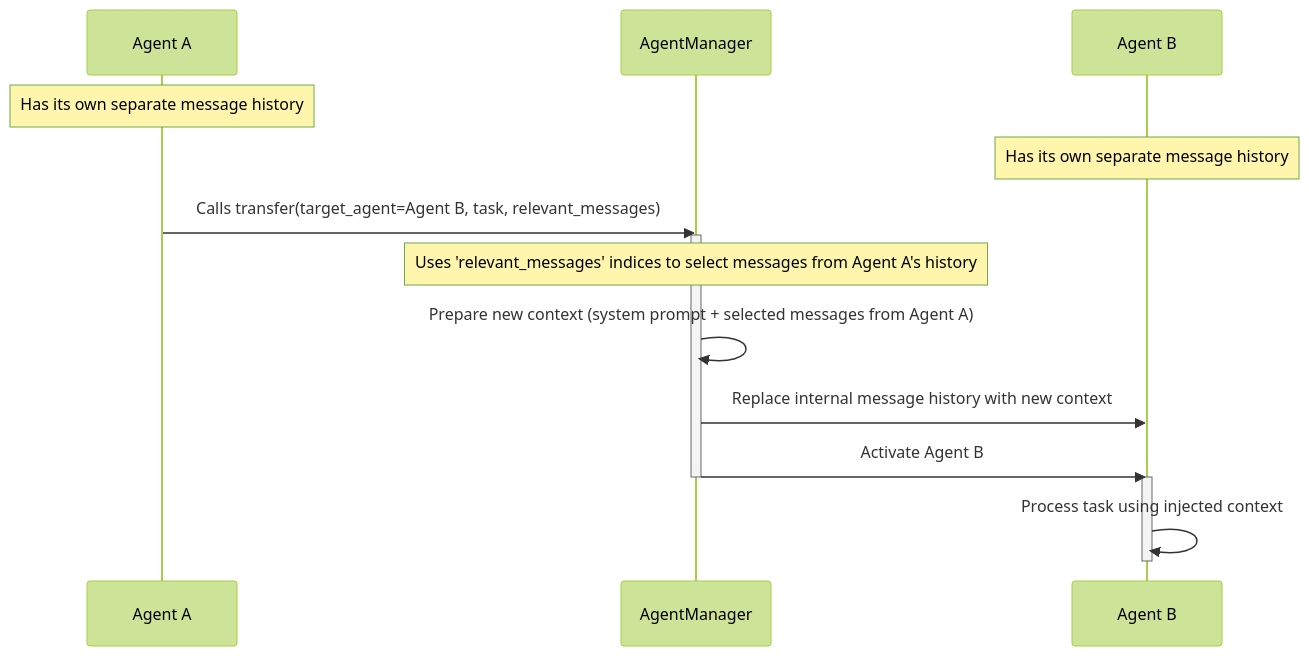
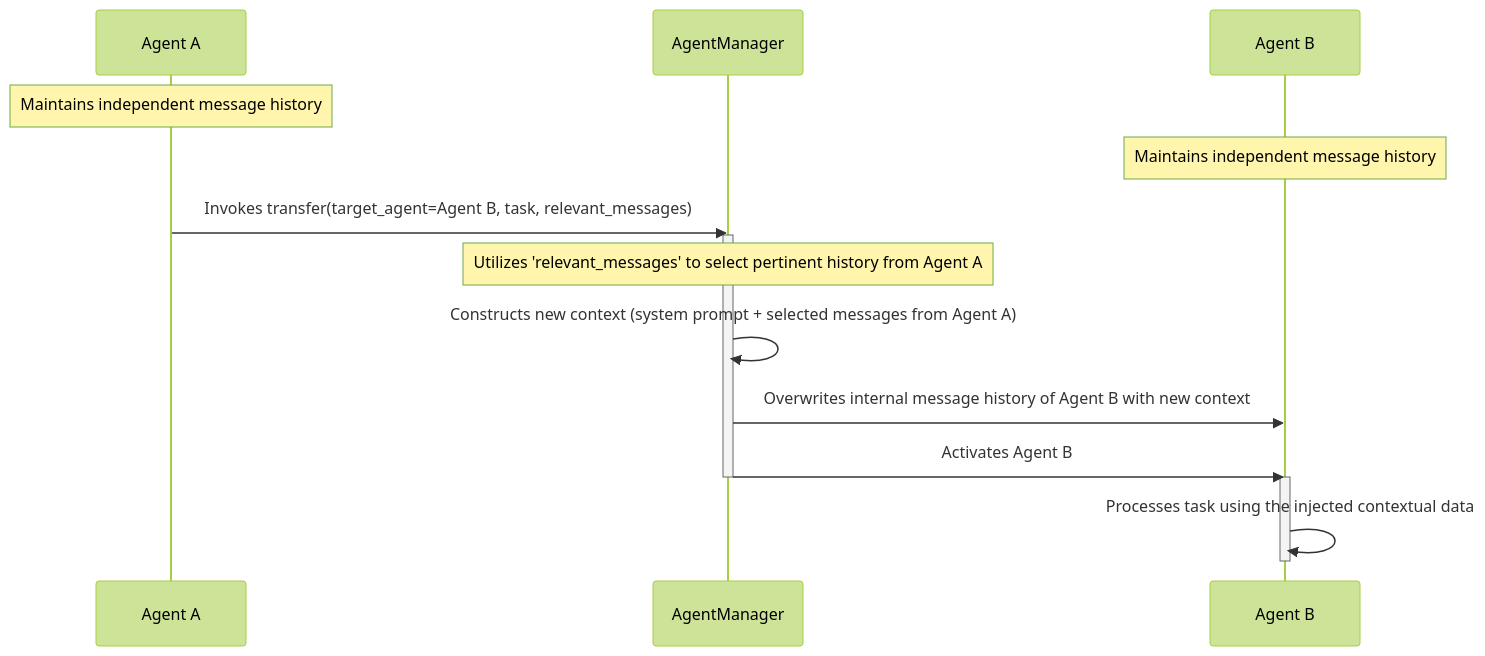
Before and after one commit to lewistransts/AgentCrew: the diagram in README.md, drawn with Mermaid (forest theme). The commit also changed other lines of this file and 1 other file, not shown here.

````diff
--- a/README.md
+++ b/README.md
@@ -169,22 +63,22 @@
 ```mermaid
 sequenceDiagram
     participant agentA as Agent A
     participant agentManager as AgentManager
     participant agentB as Agent B
 
-    Note over agentA: Has its own separate message history
-    Note over agentB: Has its own separate message history
+    Note over agentA: Maintains independent message history
+    Note over agentB: Maintains independent message history
 
-    agentA->>agentManager: Calls transfer(target_agent=Agent B, task, relevant_messages)
+    agentA->>agentManager: Invokes transfer(target_agent=Agent B, task, relevant_messages)
     activate agentManager
-    Note over agentManager: Uses 'relevant_messages' indices to select messages from Agent A's history
+    Note over agentManager: Utilizes 'relevant_messages' to select pertinent history from Agent A
 
-    agentManager->>agentManager: Prepare new context (system prompt + selected messages from Agent A)
-    agentManager->>agentB: Replace internal message history with new context
-    agentManager->>agentB: Activate Agent B
+    agentManager->>agentManager: Constructs new context (system prompt + selected messages from Agent A)
+    agentManager->>agentB: Overwrites internal message history of Agent B with new context
+    agentManager->>agentB: Activates Agent B
     deactivate agentManager
 
     activate agentB
-    agentB->>agentB: Process task using injected context
+    agentB->>agentB: Processes task using the injected contextual data
     deactivate agentB
 ```
````
